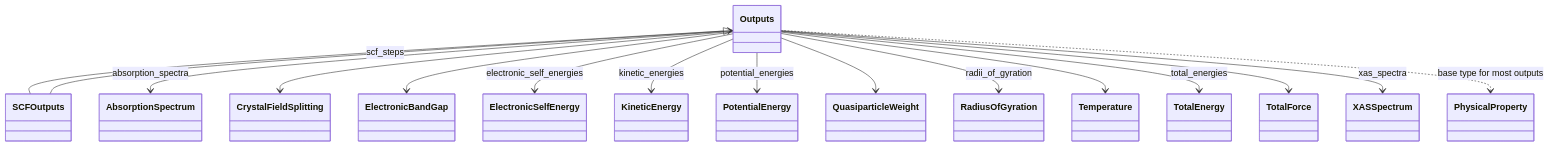
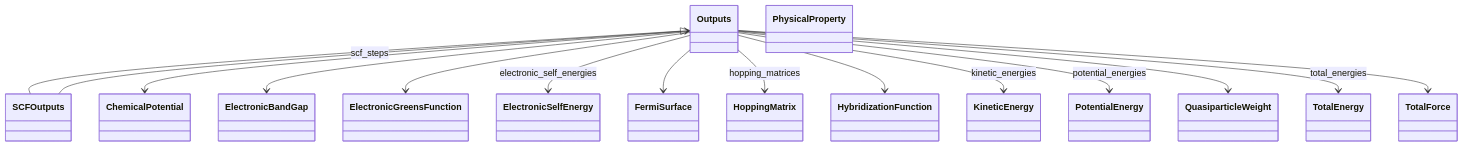
The first of 2 diagrams in docs/schema/outputs.diagram.md (FAIRmat-NFDI/nomad-simulations), drawn with Mermaid before and after one commit. The commit also changed 11 other files, not shown here.

````diff
--- a/docs/schema/outputs.diagram.md
+++ b/docs/schema/outputs.diagram.md
@@ -16,48 +15,47 @@
 ```mermaid
 classDiagram
-    class AbsorptionSpectrum {
-    }
-    class CrystalFieldSplitting {
+    class ChemicalPotential {
     }
     class ElectronicBandGap {
     }
+    class ElectronicGreensFunction {
+    }
     class ElectronicSelfEnergy {
+    }
+    class FermiSurface {
+    }
+    class HoppingMatrix {
+    }
+    class HybridizationFunction {
     }
     class KineticEnergy {
     }
     class Outputs {
     }
     class PhysicalProperty {
     }
     class PotentialEnergy {
     }
     class QuasiparticleWeight {
     }
-    class RadiusOfGyration {
-    }
     class SCFOutputs {
-    }
-    class Temperature {
     }
     class TotalEnergy {
     }
     class TotalForce {
     }
-    class XASSpectrum {
-    }
     Outputs <|-- SCFOutputs
-    Outputs --> AbsorptionSpectrum : absorption_spectra
-    Outputs --> CrystalFieldSplitting
+    Outputs --> ChemicalPotential
     Outputs --> ElectronicBandGap
+    Outputs --> ElectronicGreensFunction
     Outputs --> ElectronicSelfEnergy : electronic_self_energies
+    Outputs --> FermiSurface
+    Outputs --> HoppingMatrix : hopping_matrices
+    Outputs --> HybridizationFunction
     Outputs --> KineticEnergy : kinetic_energies
     Outputs --> PotentialEnergy : potential_energies
     Outputs --> QuasiparticleWeight
-    Outputs --> RadiusOfGyration : radii_of_gyration
-    Outputs --> Temperature
     Outputs --> TotalEnergy : total_energies
     Outputs --> TotalForce
-    Outputs --> XASSpectrum : xas_spectra
     SCFOutputs --> Outputs : scf_steps
-    Outputs ..> PhysicalProperty : base type for most outputs
 ```
````
